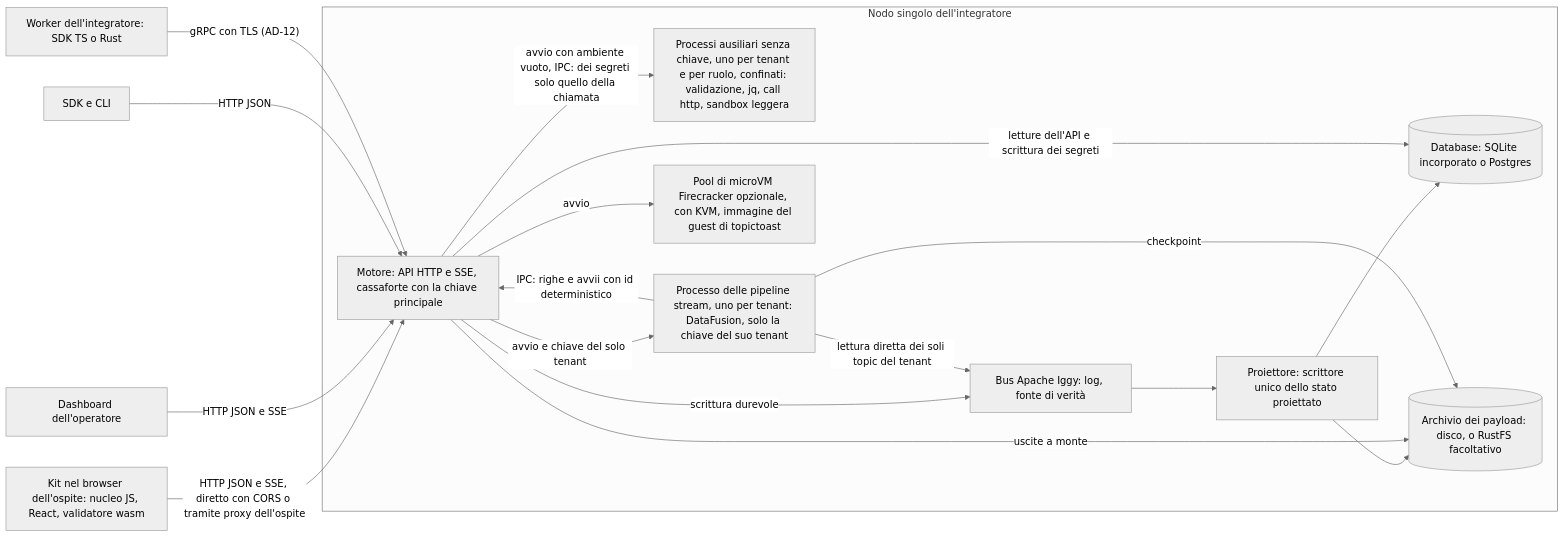
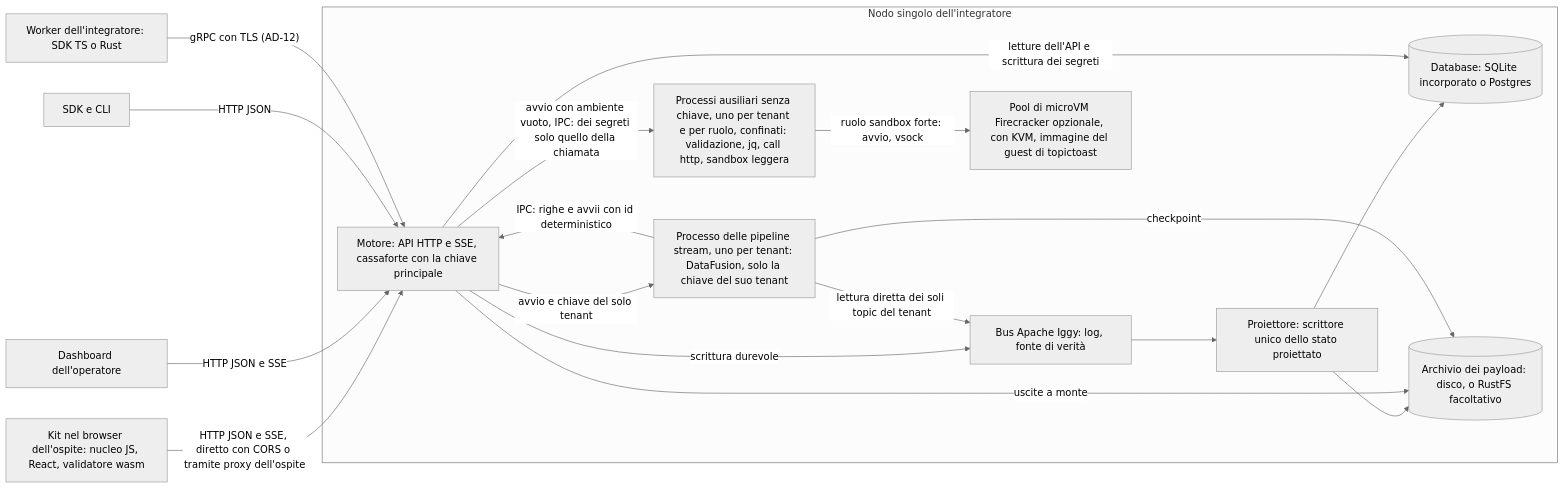
The second of 3 diagrams in docs/architecture/architecture-topictoast-2026-11-20/ARCHITECTURE-SPINE.md (topictoast/topictoast), drawn with Mermaid (neutral theme) before and after one commit. The commit also changed other lines of this file and 5 other files, not shown here.

Commit message:
docs(architecture): sandbox spine Update aligned with the accepted ADR on native code, reviewer rules kept by Marco, C-13 and epics references

````diff
--- a/docs/architecture/architecture-topictoast-2026-11-20/ARCHITECTURE-SPINE.md
+++ b/docs/architecture/architecture-topictoast-2026-11-20/ARCHITECTURE-SPINE.md
@@ -746,34 +747,34 @@
 ```mermaid
 flowchart LR
   subgraph node1 ["Nodo singolo dell'integratore"]
     engine["Motore: API HTTP e SSE, cassaforte con la chiave principale"]
     projector["Proiettore: scrittore unico dello stato proiettato"]
     helpers["Processi ausiliari senza chiave, uno per tenant e per ruolo, confinati: validazione, jq, call http, sandbox leggera"]
     streams["Processo delle pipeline stream, uno per tenant: DataFusion, solo la chiave del suo tenant"]
     bus["Bus Apache Iggy: log, fonte di verità"]
     db[("Database: SQLite incorporato o Postgres")]
     files[("Archivio dei payload: disco, o RustFS facoltativo")]
     microvm["Pool di microVM Firecracker opzionale, con KVM, immagine del guest di topictoast"]
   end
   workers["Worker dell'integratore: SDK TS o Rust"]
   kit["Kit nel browser dell'ospite: nucleo JS, React, validatore wasm"]
   dash["Dashboard dell'operatore"]
   sdkcli["SDK e CLI"]
 
   kit -->|"HTTP JSON e SSE, diretto con CORS o tramite proxy dell'ospite"| engine
   dash -->|"HTTP JSON e SSE"| engine
   sdkcli -->|"HTTP JSON"| engine
   workers -->|"gRPC con TLS (AD-12)"| engine
   engine -->|"scrittura durevole"| bus
   bus --> projector
   projector --> db
   projector --> files
   engine -->|"letture dell'API e scrittura dei segreti"| db
   engine -->|"uscite a monte"| files
   engine -->|"avvio con ambiente vuoto, IPC: dei segreti solo quello della chiamata"| helpers
   engine -->|"avvio e chiave del solo tenant"| streams
   streams -->|"IPC: righe e avvii con id deterministico"| engine
-  engine -->|"avvio"| microvm
+  helpers -->|"ruolo sandbox forte: avvio, vsock"| microvm
   streams -->|"lettura diretta dei soli topic del tenant"| bus
   streams -->|"checkpoint"| files
 ```
````
